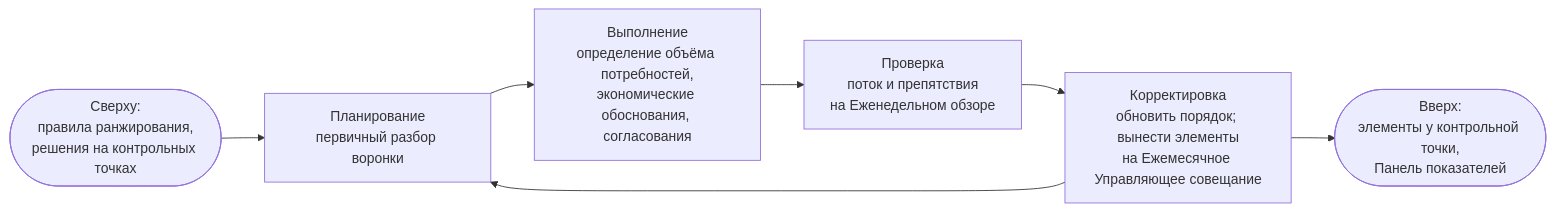
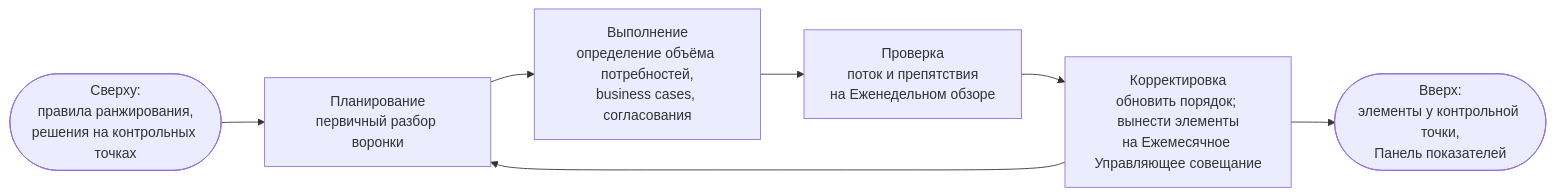
The fifth of 5 diagrams in portal/content/ru/portfolio/the-loops-and-governance.md (devhogu/ob-aicc), drawn with Mermaid before and after one commit. The commit also changed other lines of this file and 768 other files, not shown here.

````diff
--- a/portal/content/ru/portfolio/the-loops-and-governance.md
+++ b/portal/content/ru/portfolio/the-loops-and-governance.md
@@ -79,9 +79,9 @@
 ```mermaid
 flowchart LR
   IN(["Сверху:<br/>правила ранжирования,<br/>решения на контрольных точках"]) --> P["Планирование<br/>первичный разбор воронки"]
-  P --> D["Выполнение<br/>определение объёма потребностей,<br/>экономические обоснования, согласования"]
+  P --> D["Выполнение<br/>определение объёма потребностей,<br/>business cases, согласования"]
   D --> C["Проверка<br/>поток и препятствия<br/>на Еженедельном обзоре"]
   C --> A["Корректировка<br/>обновить порядок; вынести элементы<br/>на Ежемесячное Управляющее совещание"]
   A --> P
   A --> OUT(["Вверх:<br/>элементы у контрольной точки,<br/>Панель показателей"])
 ```
````
